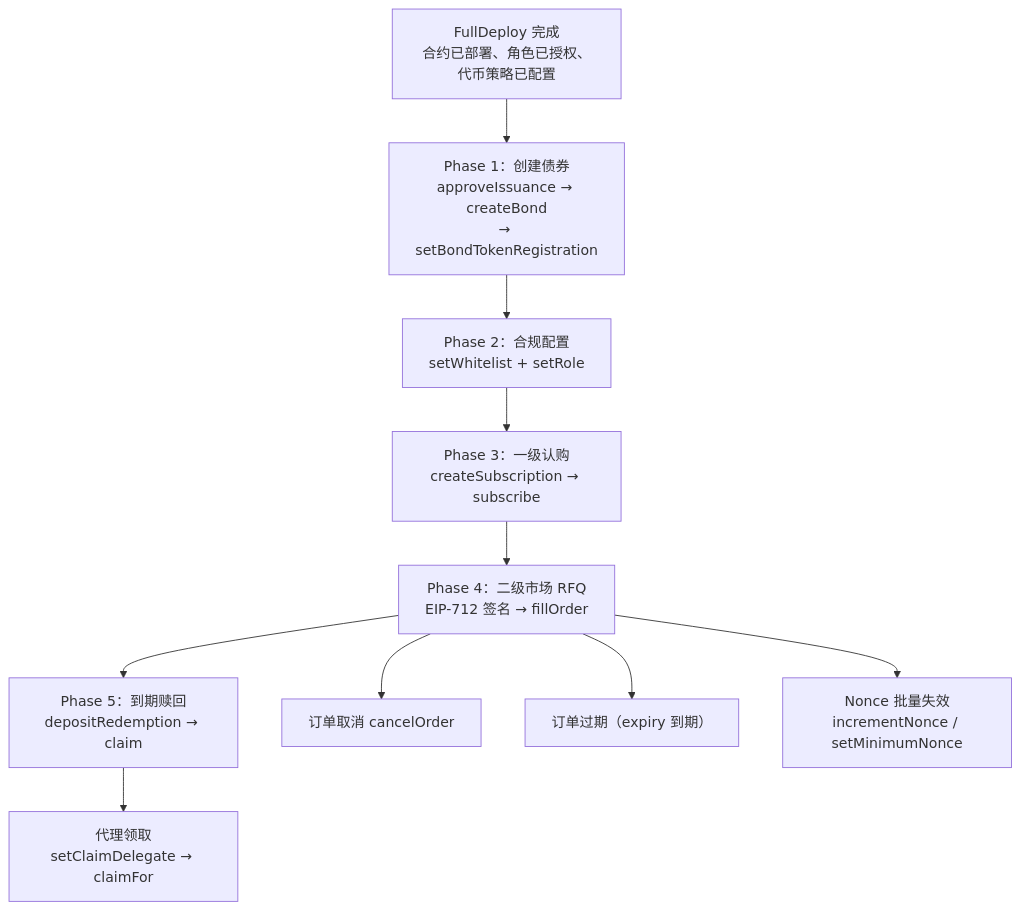
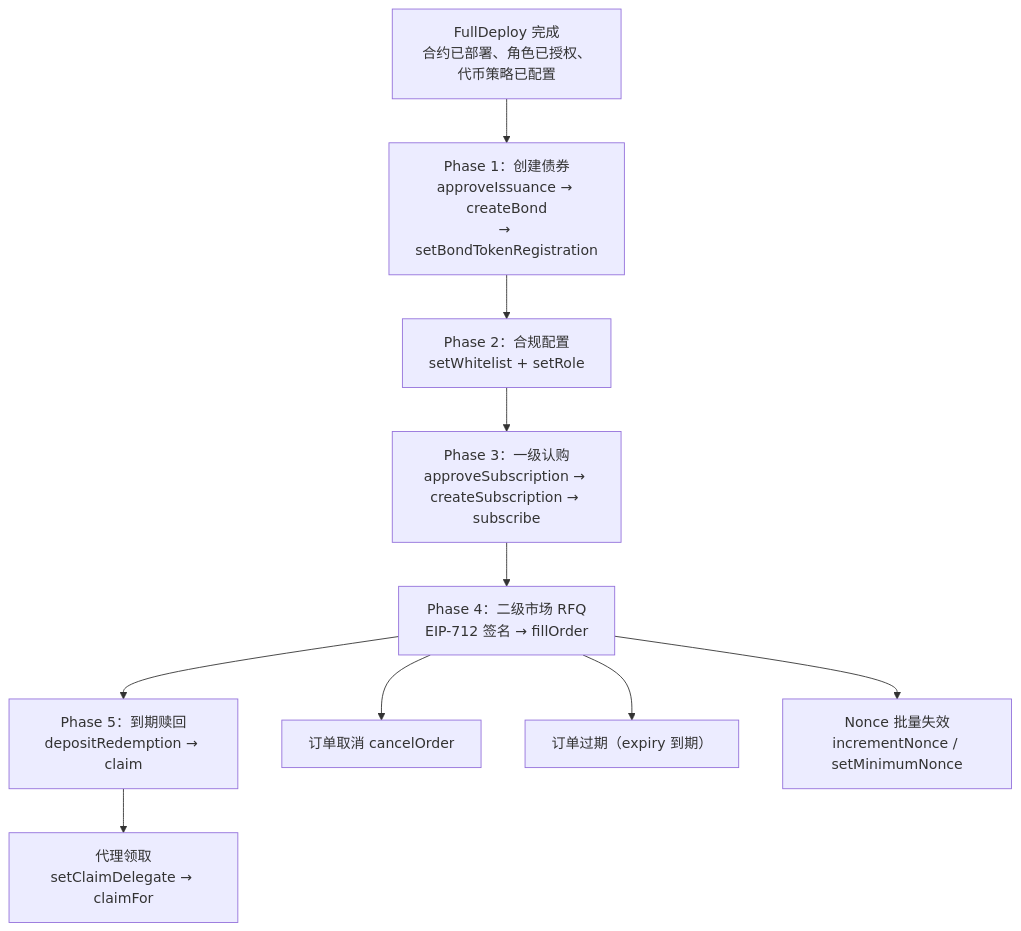
The diagram in docs/部署后操作手册.md (HashKeyChain/BondDEX-RFQ-SmartContracts), drawn with Mermaid before and after one commit. The commit also changed other lines of this file and 41 other files, not shown here.

````diff
--- a/docs/部署后操作手册.md
+++ b/docs/部署后操作手册.md
@@ -9,13 +9,13 @@
 ```mermaid
 flowchart TD
   Deploy["FullDeploy 完成<br/>合约已部署、角色已授权、代币策略已配置"]
   Deploy --> Phase1["Phase 1：创建债券<br/>approveIssuance → createBond<br/>→ setBondTokenRegistration"]
   Phase1 --> Phase2["Phase 2：合规配置<br/>setWhitelist + setRole"]
-  Phase2 --> Phase3["Phase 3：一级认购<br/>createSubscription → subscribe"]
+  Phase2 --> Phase3["Phase 3：一级认购<br/>approveSubscription → createSubscription → subscribe"]
   Phase3 --> Phase4["Phase 4：二级市场 RFQ<br/>EIP-712 签名 → fillOrder"]
   Phase4 --> Phase5["Phase 5：到期赎回<br/>depositRedemption → claim"]
   Phase4 --> Phase4a["订单取消 cancelOrder"]
   Phase4 --> Phase4b["订单过期（expiry 到期）"]
   Phase4 --> Phase4c["Nonce 批量失效<br/>incrementNonce / setMinimumNonce"]
   Phase5 --> Phase5a["代理领取<br/>setClaimDelegate → claimFor"]
 ```
````
